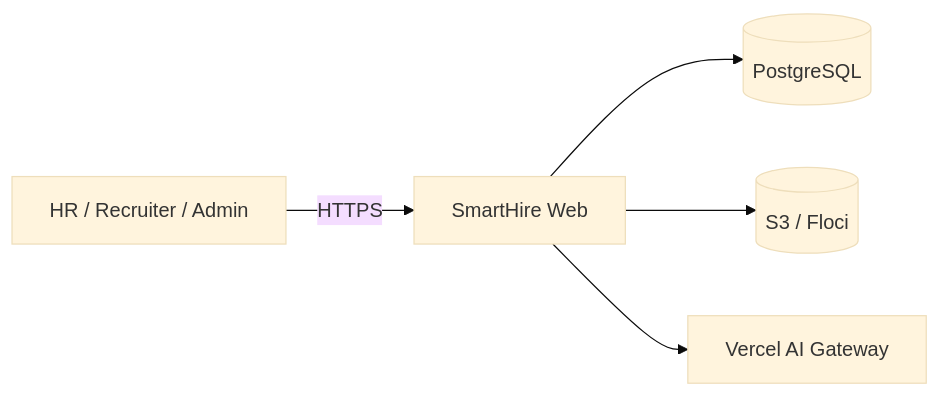
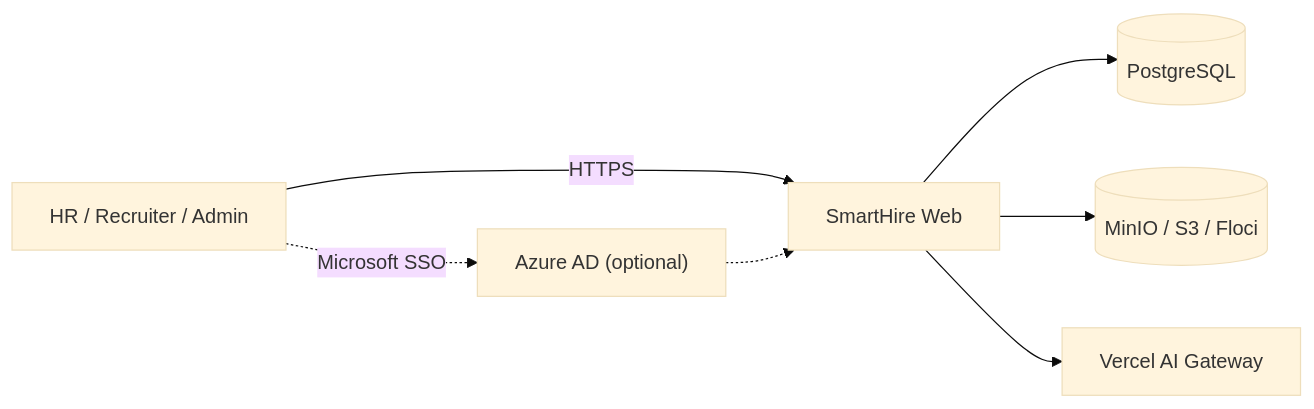
The first of 9 diagrams in docs/architecture.md (zen8labs-hackathon/SmartHire), drawn with Mermaid (base theme) before and after one commit. The commit also changed other lines of this file and 3 other files, not shown here.

First line of the commit message:
Add EC2 auto-deploy workflow and update architecture docs.

````diff
--- a/docs/architecture.md
+++ b/docs/architecture.md
@@ -44,13 +44,16 @@
 ```mermaid
 flowchart LR
   Staff["HR / Recruiter / Admin"]
   App["SmartHire Web"]
   PG[(PostgreSQL)]
-  S3[(S3 / Floci)]
+  Store[(MinIO / S3 / Floci)]
   AI["Vercel AI Gateway"]
+  Azure["Azure AD (optional)"]
 
   Staff -->|HTTPS| App
   App --> PG
-  App --> S3
+  App --> Store
   App --> AI
+  Staff -.->|Microsoft SSO| Azure
+  Azure -.-> App
 ```
````
